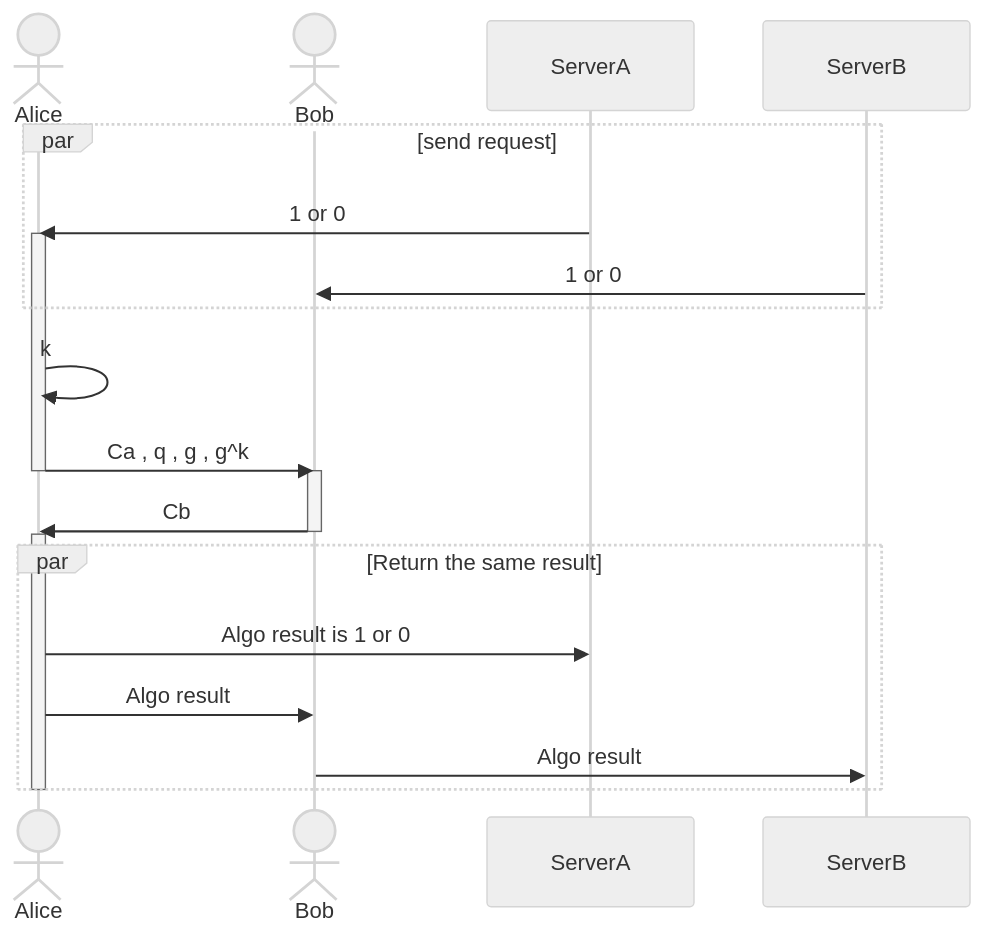
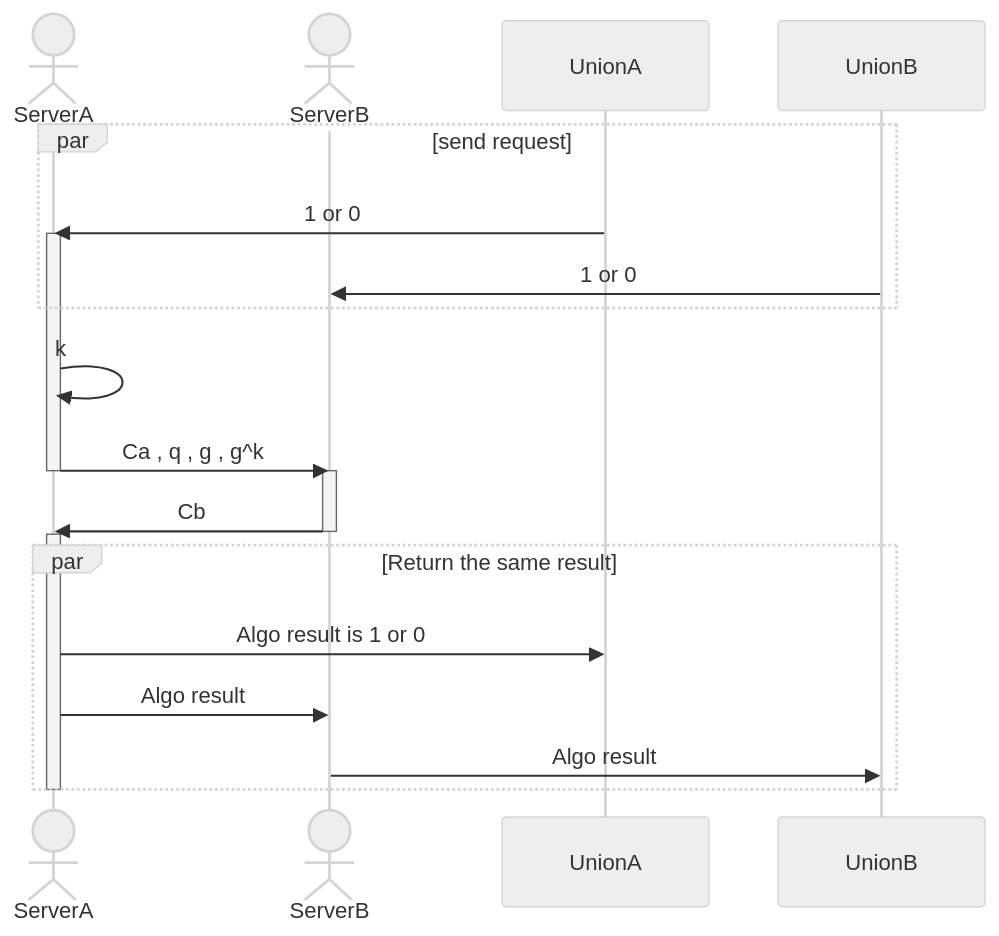
Before and after one commit to yakov103/bit-or-privacy-preserving: the diagram in README.md, drawn with Mermaid (neutral theme).

````diff
--- a/README.md
+++ b/README.md
@@ -67,24 +67,24 @@
 ```mermaid
 sequenceDiagram
-actor Alice
-actor Bob
+actor ServerA
+actor ServerB
     par send request
-    ServerA ->> Alice : 1 or 0 
-    activate Alice
-    ServerB ->> Bob : 1 or 0
+    UnionA ->> ServerA : 1 or 0 
+    activate ServerA
+    UnionB ->> ServerB : 1 or 0
     end
     
-    Alice ->> Alice: k
-    Alice ->> Bob: Ca , q , g , g^k
-    deactivate Alice
-    activate Bob
-    Bob ->> Alice : Cb
-    deactivate Bob
-    activate Alice
+    ServerA ->> ServerA: k
+    ServerA ->> ServerB: Ca , q , g , g^k
+    deactivate ServerA
+    activate ServerB
+    ServerB ->> ServerA : Cb
+    deactivate ServerB
+    activate ServerA
     par Return the same result
-    Alice ->> ServerA : Algo result is 1 or 0 
-    Alice ->> Bob: Algo result
-    Bob ->> ServerB : Algo result
+    ServerA ->> UnionA : Algo result is 1 or 0 
+    ServerA ->> ServerB: Algo result
+    ServerB ->> UnionB : Algo result
     end
-    deactivate Alice
+    deactivate ServerA
  ```
````
